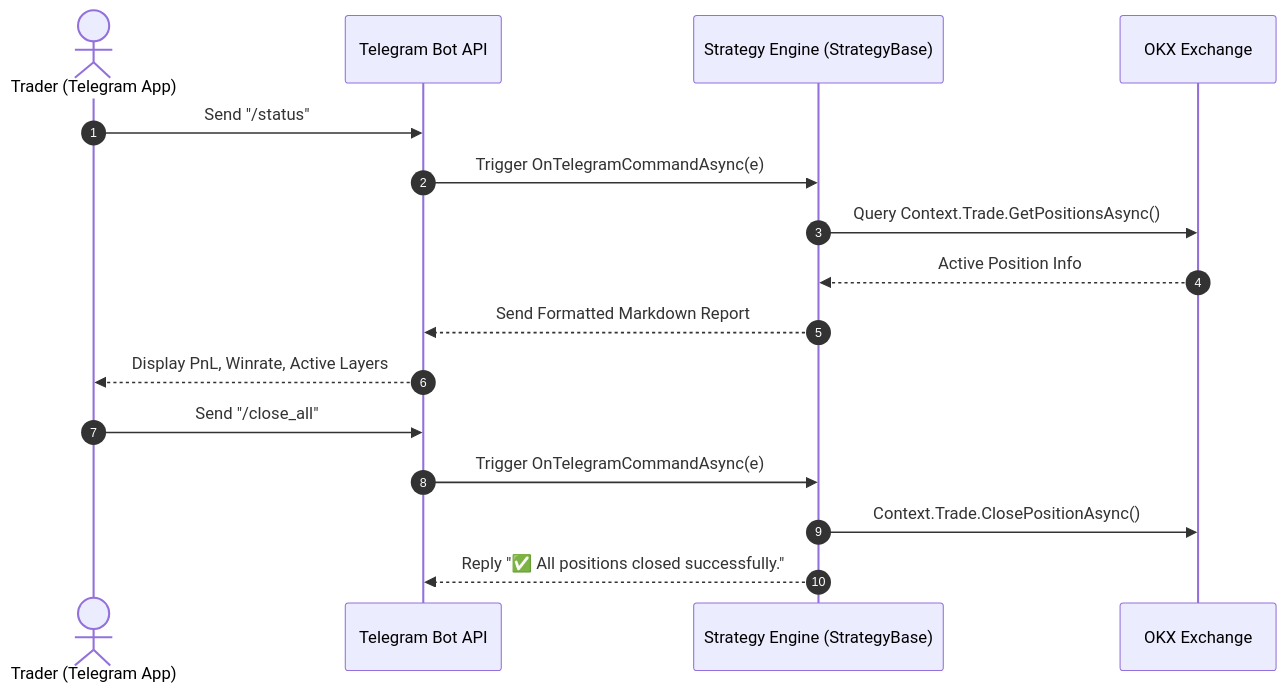
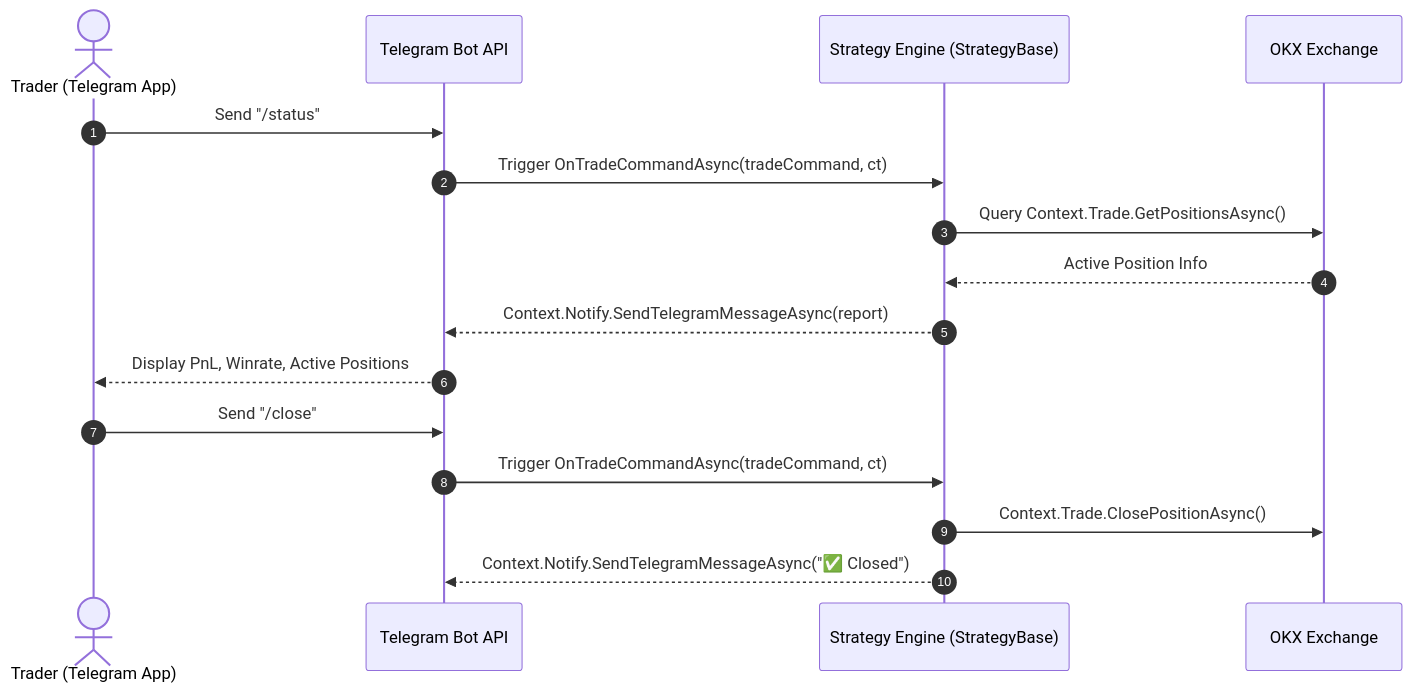
One commit to vntradesoft/PlatinumTrade.Docs changed the diagram in docs/sdk/guides/telegram-integration.md. Above: the diagram before and after it, drawn with Mermaid. The commit also changed other lines of this file and 4 other files, not shown here.

````diff
--- a/docs/sdk/guides/telegram-integration.md
+++ b/docs/sdk/guides/telegram-integration.md
@@ -20,20 +20,20 @@
 ```mermaid
 sequenceDiagram
     autonumber
     actor Trader as Trader (Telegram App)
     participant TG as Telegram Bot API
     participant SDK as Strategy Engine (StrategyBase)
     participant Exchange as OKX Exchange
 
     Trader->>TG: Send "/status"
-    TG->>SDK: Trigger OnTelegramCommandAsync(e)
+    TG->>SDK: Trigger OnTradeCommandAsync(tradeCommand, ct)
     SDK->>Exchange: Query Context.Trade.GetPositionsAsync()
     Exchange-->>SDK: Active Position Info
-    SDK-->>TG: Send Formatted Markdown Report
-    TG-->>Trader: Display PnL, Winrate, Active Layers
+    SDK-->>TG: Context.Notify.SendTelegramMessageAsync(report)
+    TG-->>Trader: Display PnL, Winrate, Active Positions
 
-    Trader->>TG: Send "/close_all"
-    TG->>SDK: Trigger OnTelegramCommandAsync(e)
+    Trader->>TG: Send "/close"
+    TG->>SDK: Trigger OnTradeCommandAsync(tradeCommand, ct)
     SDK->>Exchange: Context.Trade.ClosePositionAsync()
-    SDK-->>TG: Reply "✅ All positions closed successfully."
+    SDK-->>TG: Context.Notify.SendTelegramMessageAsync("✅ Closed")
 ```
````
